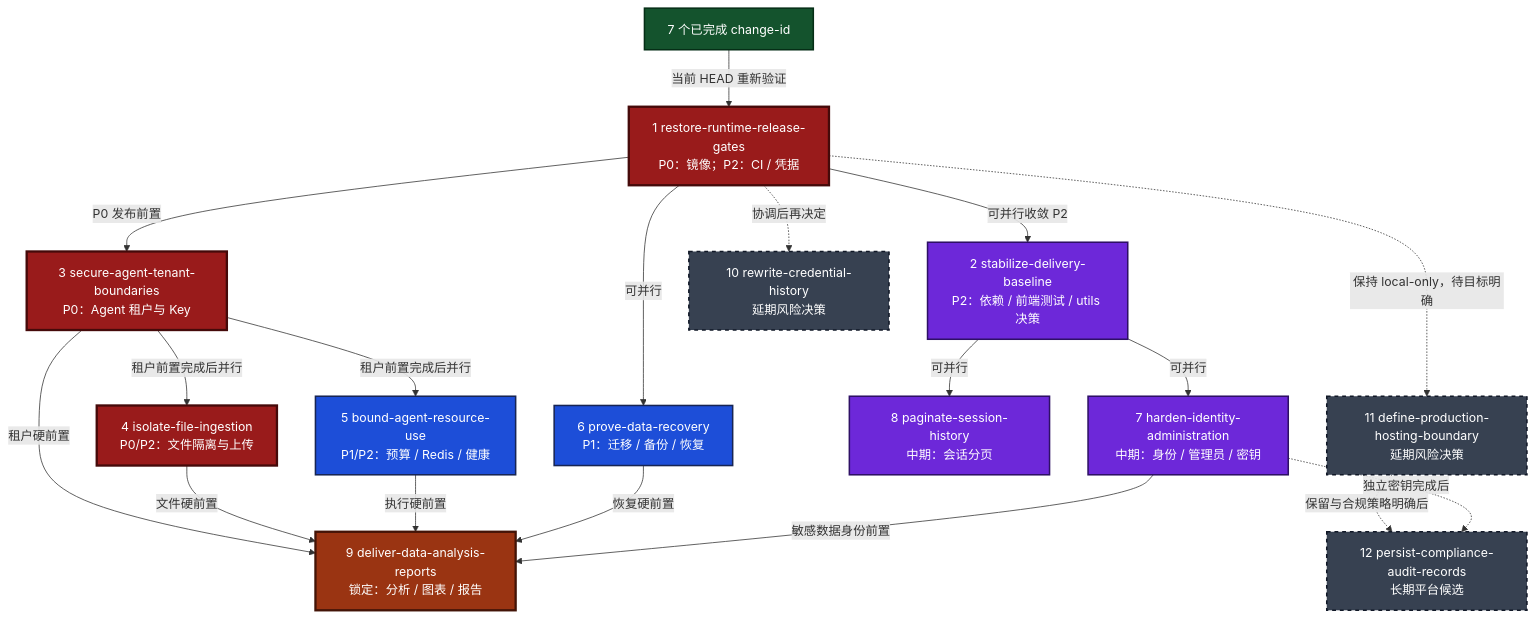
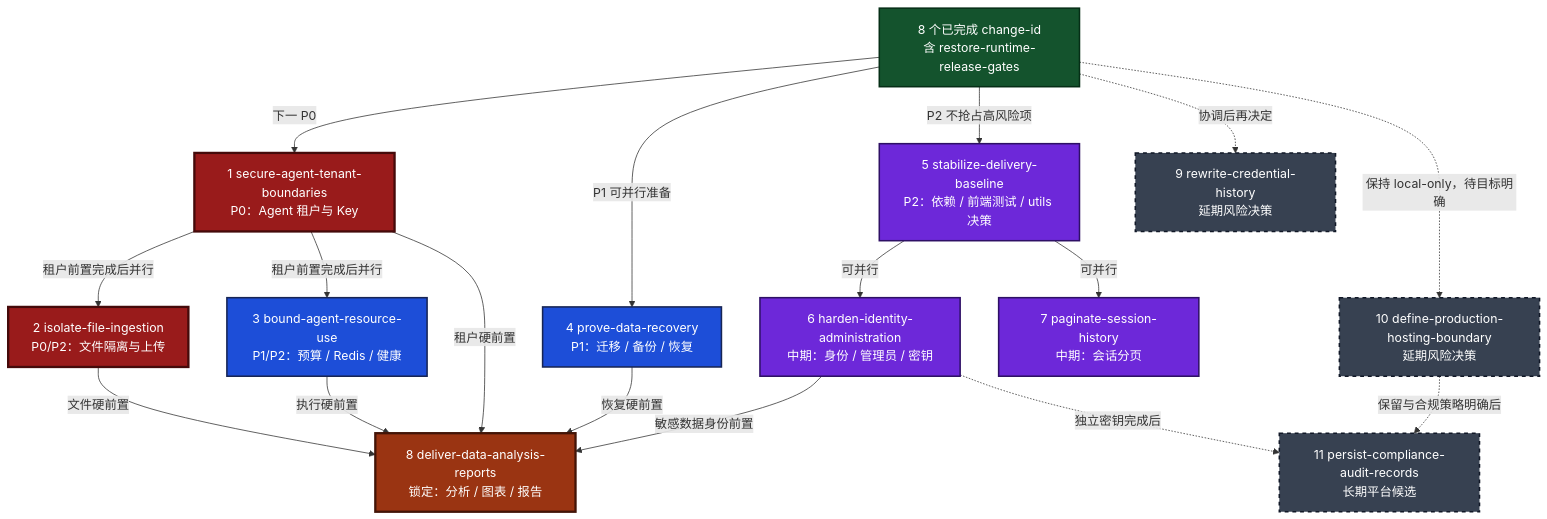
The diagram in .trae/documents/roadmap.md (jwj911/deep_data_agent), drawn with Mermaid before and after one commit. The commit also changed other lines of this file and 14 other files, not shown here.

Commit message:
chore: restore runtime release gates

````diff
--- a/.trae/documents/roadmap.md
+++ b/.trae/documents/roadmap.md
@@ -50,48 +51,45 @@
 ```mermaid
 flowchart TD
-    DONE["7 个已完成 change-id"]:::completed
+    DONE["8 个已完成 change-id<br/>含 restore-runtime-release-gates"]:::completed
 
-    GATE["1 restore-runtime-release-gates<br/>P0：镜像；P2：CI / 凭据"]:::critical
-    BASE["2 stabilize-delivery-baseline<br/>P2：依赖 / 前端测试 / utils 决策"]:::medium
-    TENANT["3 secure-agent-tenant-boundaries<br/>P0：Agent 租户与 Key"]:::critical
+    TENANT["1 secure-agent-tenant-boundaries<br/>P0：Agent 租户与 Key"]:::critical
+    FILE["2 isolate-file-ingestion<br/>P0/P2：文件隔离与上传"]:::critical
+    BUDGET["3 bound-agent-resource-use<br/>P1/P2：预算 / Redis / 健康"]:::parallel
+    RECOVERY["4 prove-data-recovery<br/>P1：迁移 / 备份 / 恢复"]:::parallel
+    BASE["5 stabilize-delivery-baseline<br/>P2：依赖 / 前端测试 / utils 决策"]:::medium
 
-    FILE["4 isolate-file-ingestion<br/>P0/P2：文件隔离与上传"]:::critical
-    BUDGET["5 bound-agent-resource-use<br/>P1/P2：预算 / Redis / 健康"]:::parallel
-    RECOVERY["6 prove-data-recovery<br/>P1：迁移 / 备份 / 恢复"]:::parallel
+    IDENTITY["6 harden-identity-administration<br/>中期：身份 / 管理员 / 密钥"]:::medium
+    PAGE["7 paginate-session-history<br/>中期：会话分页"]:::medium
+    ANALYSIS["8 deliver-data-analysis-reports<br/>锁定：分析 / 图表 / 报告"]:::locked
 
-    IDENTITY["7 harden-identity-administration<br/>中期：身份 / 管理员 / 密钥"]:::medium
-    PAGE["8 paginate-session-history<br/>中期：会话分页"]:::medium
-    ANALYSIS["9 deliver-data-analysis-reports<br/>锁定：分析 / 图表 / 报告"]:::locked
+    HISTORY["9 rewrite-credential-history<br/>延期风险决策"]:::deferred
+    HOSTING["10 define-production-hosting-boundary<br/>延期风险决策"]:::deferred
+    AUDIT["11 persist-compliance-audit-records<br/>长期平台候选"]:::deferred
 
-    HISTORY["10 rewrite-credential-history<br/>延期风险决策"]:::deferred
-    HOSTING["11 define-production-hosting-boundary<br/>延期风险决策"]:::deferred
-    AUDIT["12 persist-compliance-audit-records<br/>长期平台候选"]:::deferred
-
-    DONE -->|当前 HEAD 重新验证| GATE
-    GATE -->|P0 发布前置| TENANT
-    GATE -->|可并行收敛 P2| BASE
+    DONE -->|下一 P0| TENANT
+    DONE -->|P1 可并行准备| RECOVERY
+    DONE -->|P2 不抢占高风险项| BASE
 
     TENANT -->|租户前置完成后并行| FILE
     TENANT -->|租户前置完成后并行| BUDGET
-    GATE -->|可并行| RECOVERY
     BASE -->|可并行| IDENTITY
     BASE -->|可并行| PAGE
 
     TENANT -->|租户硬前置| ANALYSIS
     FILE -->|文件硬前置| ANALYSIS
     BUDGET -->|执行硬前置| ANALYSIS
     RECOVERY -->|恢复硬前置| ANALYSIS
     IDENTITY -->|敏感数据身份前置| ANALYSIS
 
-    GATE -.->|协调后再决定| HISTORY
-    GATE -.->|保持 local-only，待目标明确| HOSTING
+    DONE -.->|协调后再决定| HISTORY
+    DONE -.->|保持 local-only，待目标明确| HOSTING
     HOSTING -.->|保留与合规策略明确后| AUDIT
     IDENTITY -.->|独立密钥完成后| AUDIT
 
     classDef completed fill:#14532d,color:#ffffff,stroke:#052e16,stroke-width:2px;
     classDef critical fill:#991b1b,color:#ffffff,stroke:#450a0a,stroke-width:3px;
     classDef parallel fill:#1d4ed8,color:#ffffff,stroke:#172554,stroke-width:2px;
     classDef medium fill:#6d28d9,color:#ffffff,stroke:#2e1065,stroke-width:2px;
     classDef locked fill:#9a3412,color:#ffffff,stroke:#431407,stroke-width:3px;
     classDef deferred fill:#374151,color:#ffffff,stroke:#111827,stroke-width:2px,stroke-dasharray:5 5;
 ```
````
